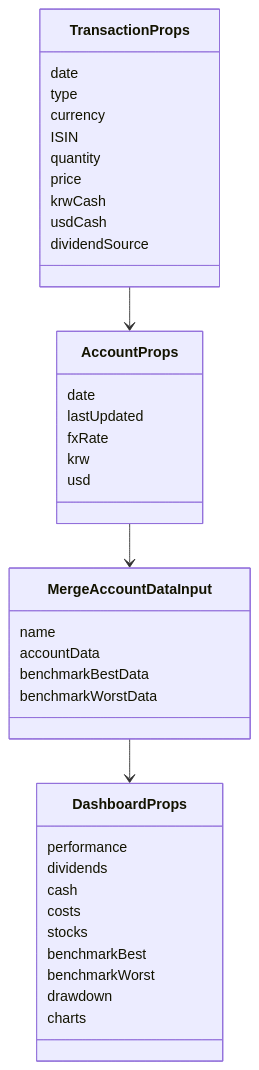
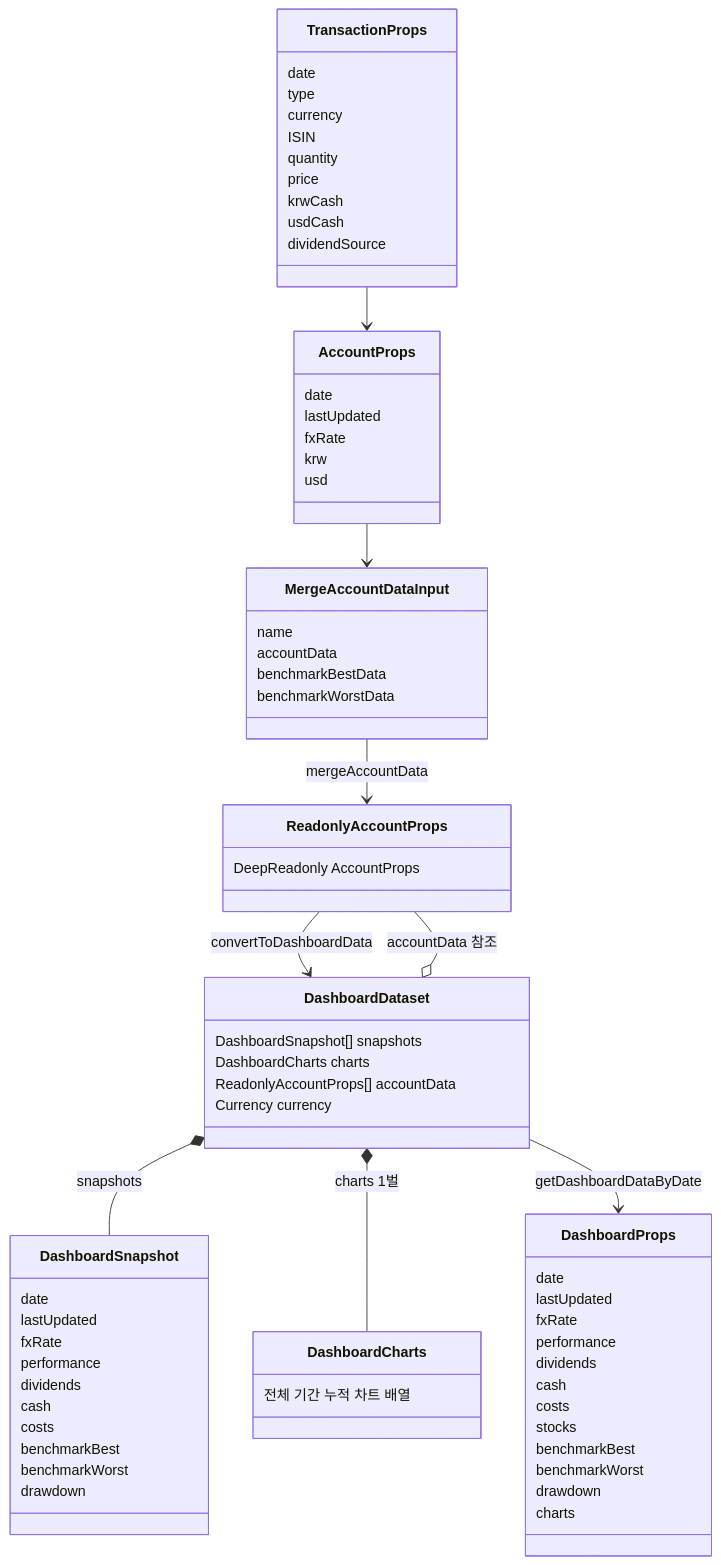
The third of 3 diagrams in README.md (syki66/asset-dashboard), drawn with Mermaid before and after one commit. The commit also changed other lines of this file, not shown here.

````diff
--- a/README.md
+++ b/README.md
@@ -353,41 +380,73 @@
 ```mermaid
 classDiagram
   class TransactionProps {
     date
     type
     currency
     ISIN
     quantity
     price
     krwCash
     usdCash
     dividendSource
   }
   class AccountProps {
     date
     lastUpdated
     fxRate
     krw
     usd
   }
+  class ReadonlyAccountProps {
+    DeepReadonly AccountProps
+  }
+  class DashboardSnapshot {
+    date
+    lastUpdated
+    fxRate
+    performance
+    dividends
+    cash
+    costs
+    benchmarkBest
+    benchmarkWorst
+    drawdown
+  }
+  class DashboardCharts {
+    전체 기간 누적 차트 배열
+  }
+  class DashboardDataset {
+    DashboardSnapshot[] snapshots
+    DashboardCharts charts
+    ReadonlyAccountProps[] accountData
+    Currency currency
+  }
   class DashboardProps {
+    date
+    lastUpdated
+    fxRate
     performance
     dividends
     cash
     costs
     stocks
     benchmarkBest
     benchmarkWorst
     drawdown
     charts
   }
   class MergeAccountDataInput {
     name
     accountData
     benchmarkBestData
     benchmarkWorstData
   }
   TransactionProps --> AccountProps
   AccountProps --> MergeAccountDataInput
-  MergeAccountDataInput --> DashboardProps
+  MergeAccountDataInput --> ReadonlyAccountProps : mergeAccountData
+  ReadonlyAccountProps --> DashboardDataset : convertToDashboardData
+  DashboardDataset *-- DashboardSnapshot : snapshots
+  DashboardDataset *-- DashboardCharts : charts 1벌
+  DashboardDataset o-- ReadonlyAccountProps : accountData 참조
+  DashboardDataset --> DashboardProps : getDashboardDataByDate
 ```
````
